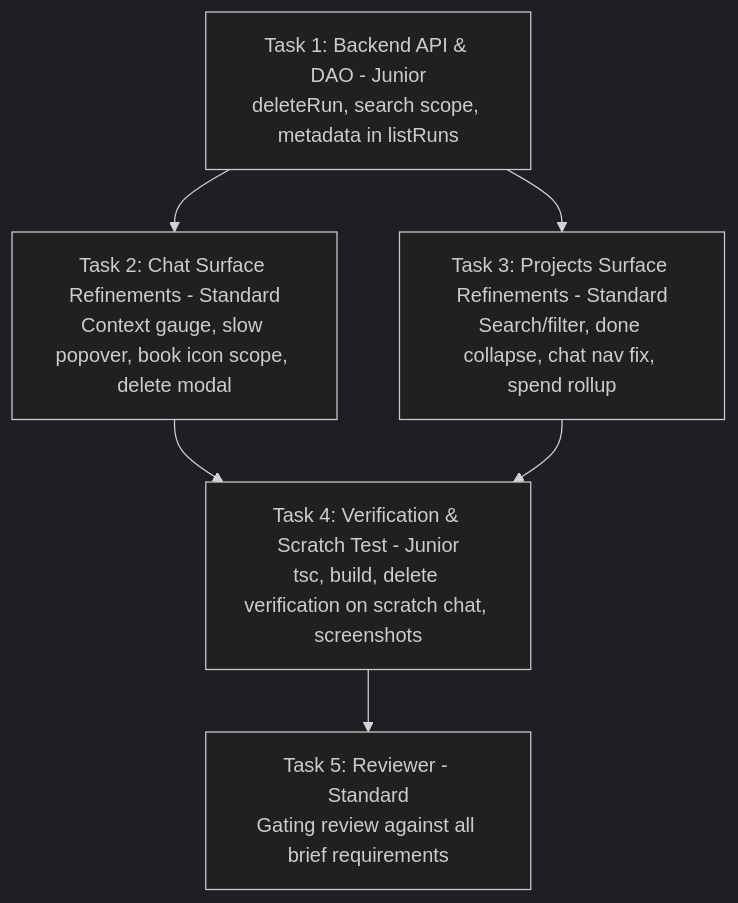
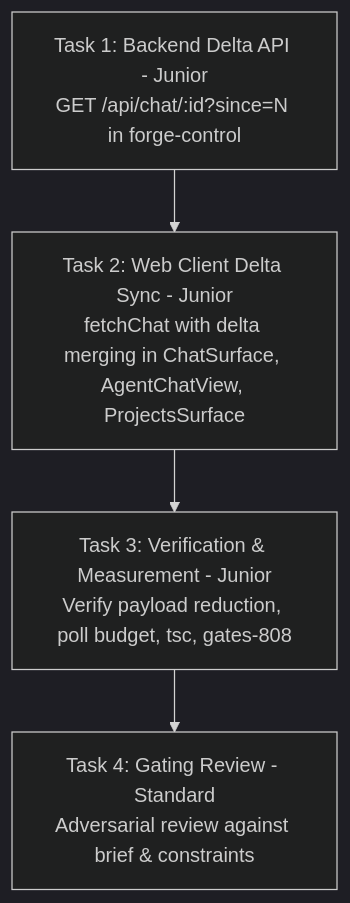
The second of 2 diagrams in PLAN.md (konradschrein-star/AI-Operating-System), drawn with Mermaid (dark theme) before and after one commit. The commit also changed other lines of this file and 1 other file, not shown here.

First line of the commit message:
test(chat): verification measurement harness and universal gate suite

````diff
--- a/PLAN.md
+++ b/PLAN.md
@@ -74,8 +101,6 @@
 ```mermaid
 graph TD
-    T1[Task 1: Backend API & DAO - Junior<br/>deleteRun, search scope, metadata in listRuns] --> T2[Task 2: Chat Surface Refinements - Standard<br/>Context gauge, slow popover, book icon scope, delete modal]
-    T1 --> T3[Task 3: Projects Surface Refinements - Standard<br/>Search/filter, done collapse, chat nav fix, spend rollup]
-    T2 --> T4[Task 4: Verification & Scratch Test - Junior<br/>tsc, build, delete verification on scratch chat, screenshots]
-    T3 --> T4
-    T4 --> T5[Task 5: Reviewer - Standard<br/>Gating review against all brief requirements]
+    T1[Task 1: Backend Delta API - Junior<br/>GET /api/chat/:id?since=N in forge-control] --> T2[Task 2: Web Client Delta Sync - Junior<br/>fetchChat with delta merging in ChatSurface, AgentChatView, ProjectsSurface]
+    T2 --> T3[Task 3: Verification & Measurement - Junior<br/>Verify payload reduction, poll budget, tsc, gates-808]
+    T3 --> T4[Task 4: Gating Review - Standard<br/>Adversarial review against brief & constraints]
 ```
````
